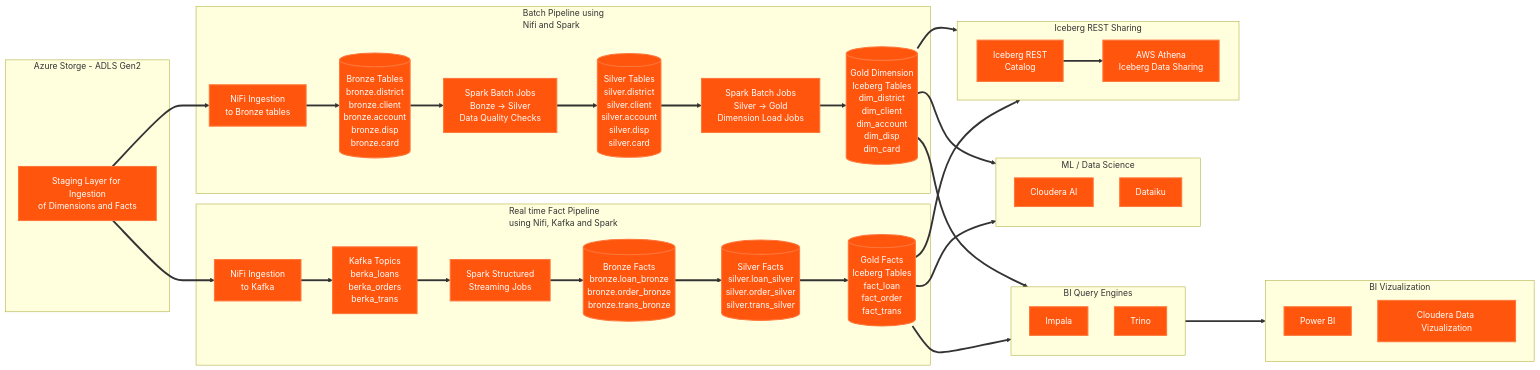
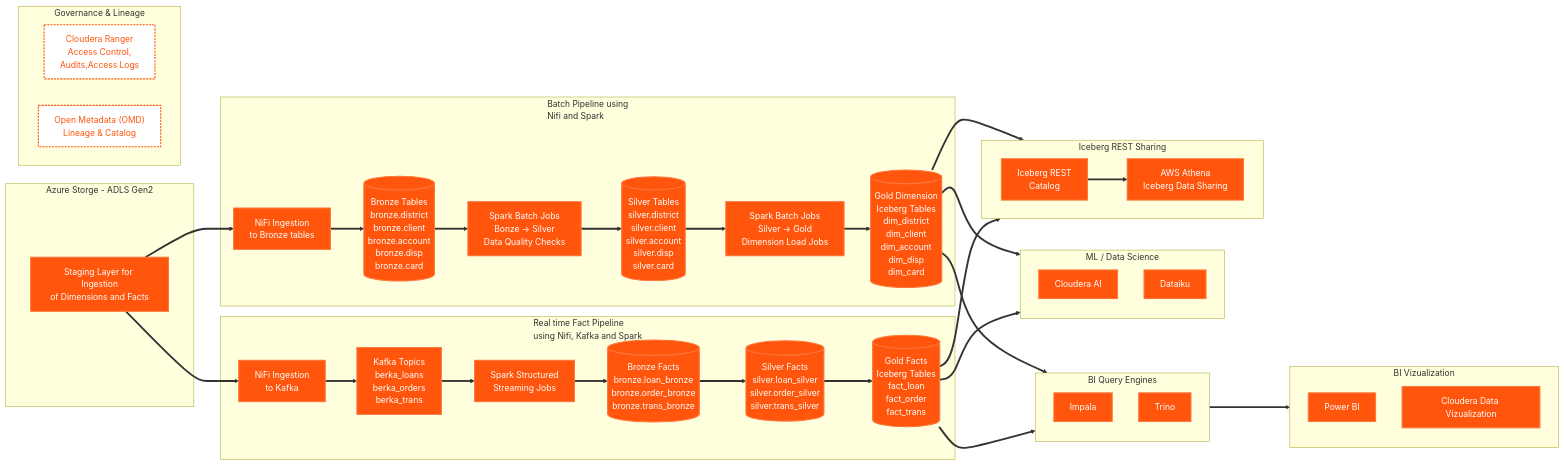
Before and after one commit to myloginid/Berka-Banking-Demo: the first of 8 diagrams in readme.md, drawn with Mermaid.

Commit message:
Added Ranger and OMD to e2e

```diff
--- a/readme.md
+++ b/readme.md
@@ -32,6 +32,7 @@
 classDef linkNode fill:#FFFFFF,stroke:#8789FB,stroke-width:2px,color:#8789FB;
 classDef visitedLinkNode fill:#FFFFFF,stroke:#26177B,stroke-width:2px,color:#26177B;
 classDef default text-align:center;
+classDef lineageNode fill:#FFFFFF,stroke:#FF550C,stroke-width:2px,stroke-dasharray: 4 2,color:#FF550C;
 
     %% ADLS staging
     subgraph ADLS["Azure Storge - ADLS Gen2"]
@@ -90,6 +91,13 @@
     DIMS_GOLD ==> ML
     FACTS_GOLD ==> ML
 
+    %% Governance & Lineage (Open Metadata + Ranger)
+    subgraph GOV["Governance & Lineage"]
+      direction LR
+      RANGER["Cloudera Ranger<br>Access Control,<br>Audits,Access Logs"]:::lineageNode
+      OMD["Open Metadata (OMD)<br>Lineage & Catalog"]:::lineageNode
+    end
+
     %% Iceberg REST catalog → AWS Athena
     subgraph SHARING["Iceberg REST Sharing"]
       direction LR
```
